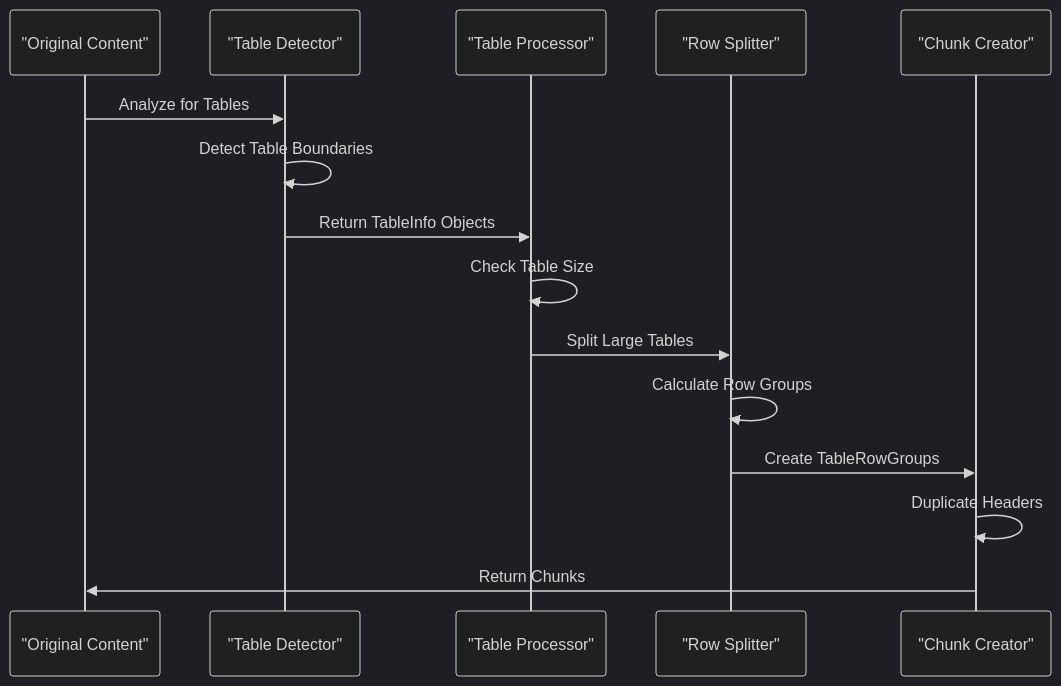
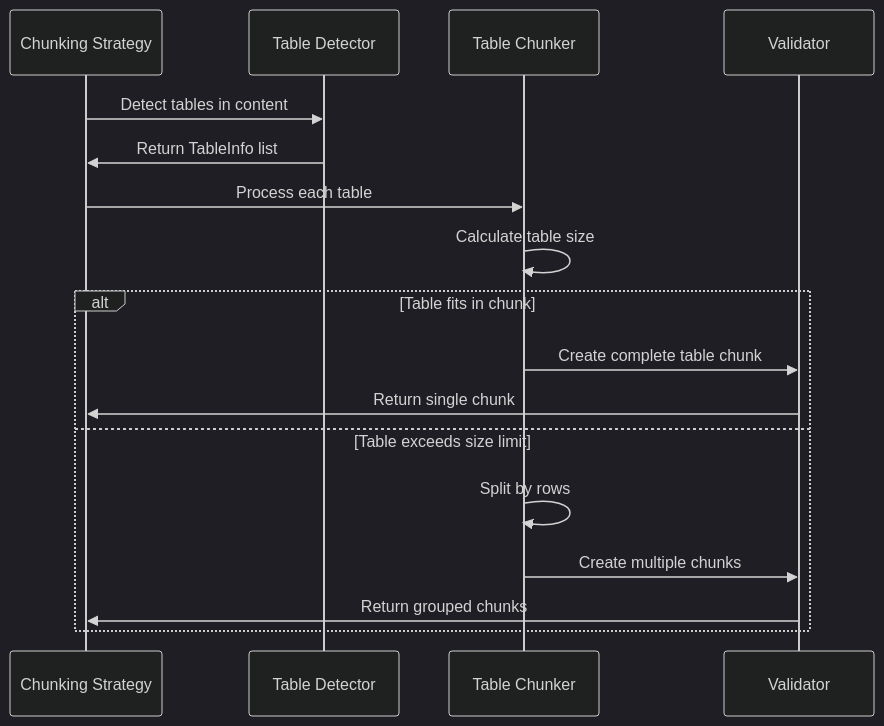
One commit to asukhodko/dify-markdown-chunker changed the fourth of 6 diagrams in .qoder/repowiki/en/content/Chunking Strategies/Table Strategy.md. Above: the diagram before and after it, drawn with Mermaid (dark theme). The commit also changed other lines of this file and 205 other files, not shown here.

````diff
--- a/.qoder/repowiki/en/content/Chunking Strategies/Table Strategy.md
+++ b/.qoder/repowiki/en/content/Chunking Strategies/Table Strategy.md
@@ -272,17 +210,19 @@
 ```mermaid
 sequenceDiagram
-participant Content as "Original Content"
-participant Detector as "Table Detector"
-participant Processor as "Table Processor"
-participant Splitter as "Row Splitter"
-participant Chunker as "Chunk Creator"
-Content->>Detector : Analyze for Tables
-Detector->>Detector : Detect Table Boundaries
-Detector->>Processor : Return TableInfo Objects
-Processor->>Processor : Check Table Size
-Processor->>Splitter : Split Large Tables
-Splitter->>Splitter : Calculate Row Groups
-Splitter->>Chunker : Create TableRowGroups
-Chunker->>Chunker : Duplicate Headers
-Chunker->>Content : Return Chunks
+participant CS as Chunking Strategy
+participant TD as Table Detector
+participant TC as Table Chunker
+participant V as Validator
+CS->>TD : Detect tables in content
+TD->>CS : Return TableInfo list
+CS->>TC : Process each table
+TC->>TC : Calculate table size
+alt Table fits in chunk
+TC->>V : Create complete table chunk
+V->>CS : Return single chunk
+else Table exceeds size limit
+TC->>TC : Split by rows
+TC->>V : Create multiple chunks
+V->>CS : Return grouped chunks
+end
 ```
````
